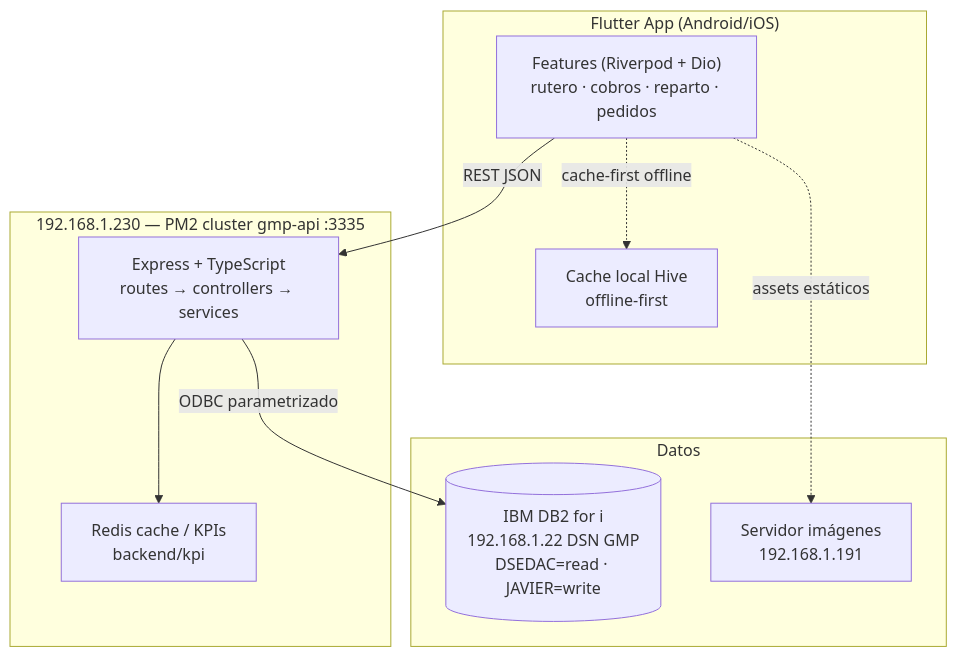
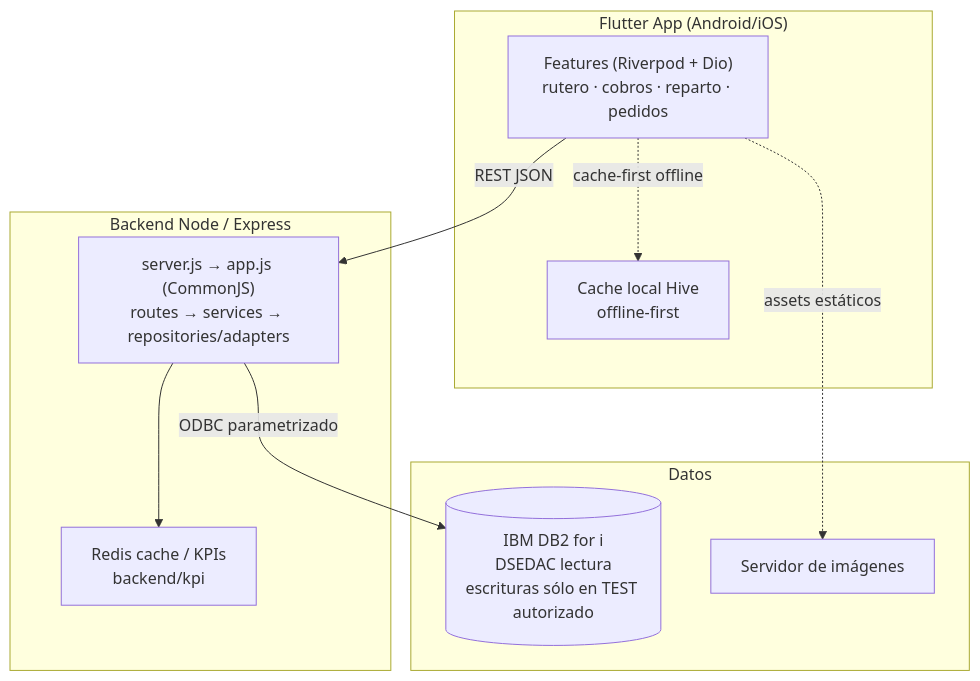
The diagram in README.md (jlp717/gmp_app_mobilidad), drawn with Mermaid before and after one commit. The commit also changed other lines of this file and 85 other files, not shown here.

````diff
--- a/README.md
+++ b/README.md
@@ -9,20 +9,20 @@
 ```mermaid
 graph TB
     subgraph Cliente["Flutter App (Android/iOS)"]
         UI["Features (Riverpod + Dio)<br/>rutero · cobros · reparto · pedidos"]
         CACHE["Cache local Hive<br/>offline-first"]
     end
-    subgraph Servidor["192.168.1.230 — PM2 cluster gmp-api :3335"]
-        API["Express + TypeScript<br/>routes → controllers → services"]
+    subgraph Servidor["Backend Node / Express"]
+        API["server.js → app.js (CommonJS)<br/>routes → services → repositories/adapters"]
         KPI["Redis cache / KPIs<br/>backend/kpi"]
     end
     subgraph Datos
-        DB2[("IBM DB2 for i<br/>192.168.1.22 DSN GMP<br/>DSEDAC=read · JAVIER=write")]
-        IMG["Servidor imágenes<br/>192.168.1.191"]
+        DB2[("IBM DB2 for i<br/>DSEDAC lectura<br/>escrituras sólo en TEST autorizado")]
+        IMG["Servidor de imágenes"]
     end
     UI -->|REST JSON| API
     UI -.->|cache-first offline| CACHE
     API --> KPI
     API -->|"ODBC parametrizado"| DB2
     UI -.->|"assets estáticos"| IMG
 ```
````
